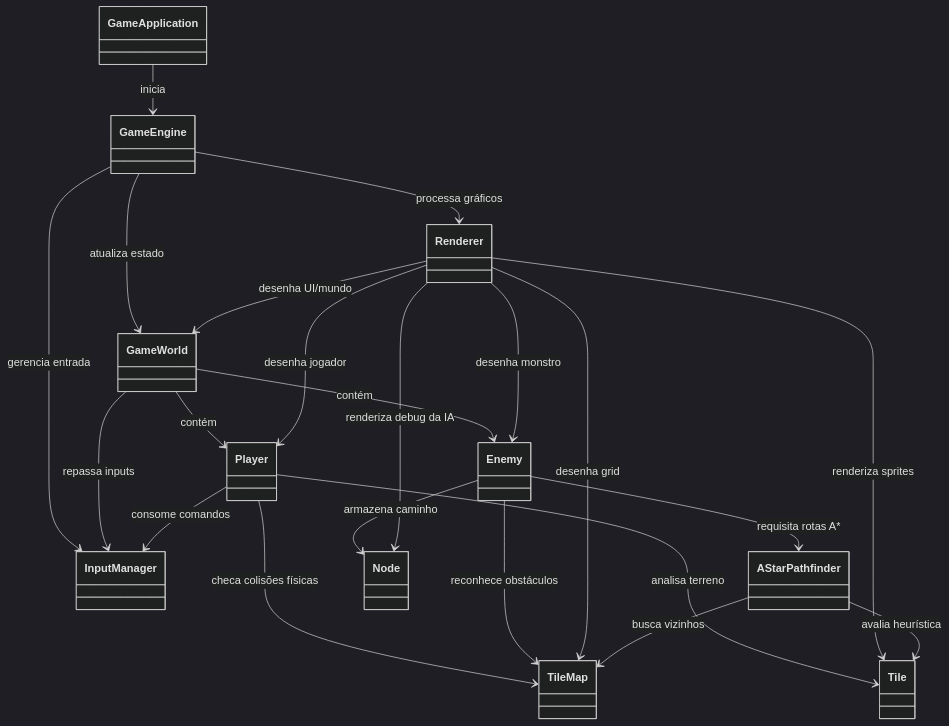
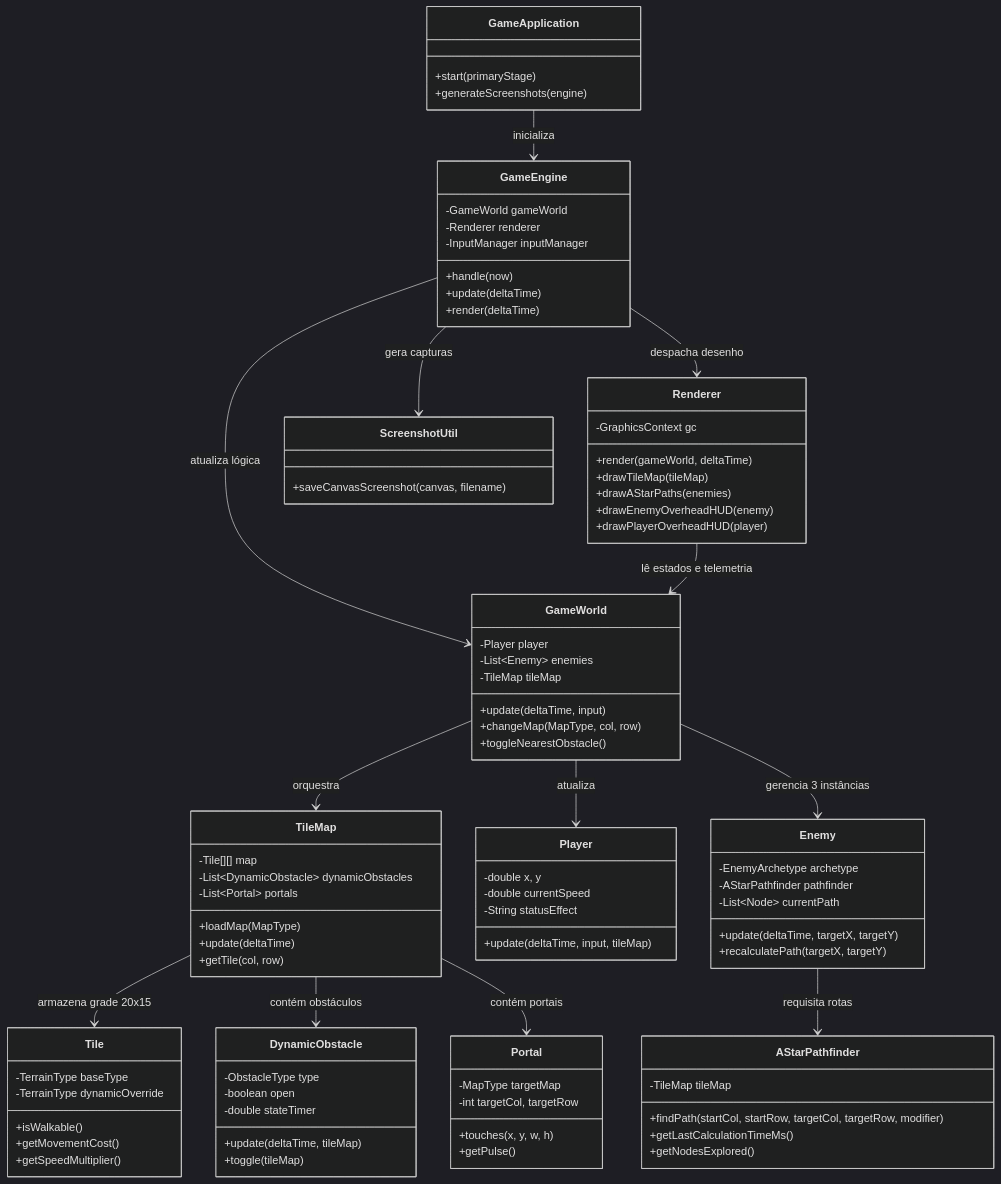
One commit to Blimabru/sentinela changed the fourth of 4 diagrams in README.md. Above: the diagram before and after it, drawn with Mermaid (dark theme). The commit also changed other lines of this file and 5 other files, not shown here.

Commit message:
docs(readme): atualiza documentacao tecnica com metricas de IA e capturas de tela

````diff
--- a/README.md
+++ b/README.md
@@ -62,57 +220,108 @@
 classDiagram
     direction TB
 
-    %% Pacote app
-    class GameApplication
+    %% Pacotes e Classes Principais
+    class GameApplication {
+        +start(primaryStage)
+        +generateScreenshots(engine)
+    }
 
-    %% Pacote core
-    class GameEngine
+    class GameEngine {
+        -GameWorld gameWorld
+        -Renderer renderer
+        -InputManager inputManager
+        +handle(now)
+        +update(deltaTime)
+        +render(deltaTime)
+    }
 
-    %% Pacote world
-    class GameWorld
-    class TileMap
-    class Tile
+    class GameWorld {
+        -Player player
+        -List~Enemy~ enemies
+        -TileMap tileMap
+        +update(deltaTime, input)
+        +changeMap(MapType, col, row)
+        +toggleNearestObstacle()
+    }
 
-    %% Pacote entity
-    class Player
-    class Enemy
+    class TileMap {
+        -Tile[][] map
+        -List~DynamicObstacle~ dynamicObstacles
+        -List~Portal~ portals
+        +loadMap(MapType)
+        +update(deltaTime)
+        +getTile(col, row)
+    }
 
-    %% Pacote input
-    class InputManager
+    class Tile {
+        -TerrainType baseType
+        -TerrainType dynamicOverride
+        +isWalkable()
+        +getMovementCost()
+        +getSpeedMultiplier()
+    }
 
-    %% Pacote rendering
-    class Renderer
+    class DynamicObstacle {
+        -ObstacleType type
+        -boolean open
+        -double stateTimer
+        +update(deltaTime, tileMap)
+        +toggle(tileMap)
+    }
 
-    %% Pacote ai
-    class AStarPathfinder
-    class Node
+    class Portal {
+        -MapType targetMap
+        -int targetCol, targetRow
+        +touches(x, y, w, h)
+        +getPulse()
+    }
 
-    %% Relacionamentos
-    GameApplication --> GameEngine : inicia
-    
-    GameEngine --> InputManager : gerencia entrada
-    GameEngine --> Renderer : processa gráficos
-    GameEngine --> GameWorld : atualiza estado
-    
-    GameWorld --> Player : contém
-    GameWorld --> Enemy : contém
-    GameWorld --> InputManager : repassa inputs
-    
-    Player --> InputManager : consome comandos
-    Player --> TileMap : checa colisões físicas
-    Player --> Tile : analisa terreno
-    
-    Enemy --> AStarPathfinder : requisita rotas A*
-    Enemy --> Node : armazena caminho
-    Enemy --> TileMap : reconhece obstáculos
-    
-    Renderer --> Player : desenha jogador
-    Renderer --> Enemy : desenha monstro
-    Renderer --> GameWorld : desenha UI/mundo
-    Renderer --> TileMap : desenha grid
-    Renderer --> Tile : renderiza sprites
-    Renderer --> Node : renderiza debug da IA
-    
-    AStarPathfinder --> Tile : avalia heurística
-    AStarPathfinder --> TileMap : busca vizinhos
+    class Player {
+        -double x, y
+        -double currentSpeed
+        -String statusEffect
+        +update(deltaTime, input, tileMap)
+    }
+
+    class Enemy {
+        -EnemyArchetype archetype
+        -AStarPathfinder pathfinder
+        -List~Node~ currentPath
+        +update(deltaTime, targetX, targetY)
+        +recalculatePath(targetX, targetY)
+    }
+
+    class AStarPathfinder {
+        -TileMap tileMap
+        +findPath(startCol, startRow, targetCol, targetRow, modifier)
+        +getLastCalculationTimeMs()
+        +getNodesExplored()
+    }
+
+    class Renderer {
+        -GraphicsContext gc
+        +render(gameWorld, deltaTime)
+        +drawTileMap(tileMap)
+        +drawAStarPaths(enemies)
+        +drawEnemyOverheadHUD(enemy)
+        +drawPlayerOverheadHUD(player)
+    }
+
+    class ScreenshotUtil {
+        +saveCanvasScreenshot(canvas, filename)
+    }
+
+    %% Relações
+    GameApplication --> GameEngine : inicializa
+    GameEngine --> GameWorld : atualiza lógica
+    GameEngine --> Renderer : despacha desenho
+    GameEngine --> ScreenshotUtil : gera capturas
+    GameWorld --> TileMap : orquestra
+    GameWorld --> Player : atualiza
+    GameWorld --> Enemy : gerencia 3 instâncias
+    TileMap --> Tile : armazena grade 20x15
+    TileMap --> DynamicObstacle : contém obstáculos
+    TileMap --> Portal : contém portais
+    Enemy --> AStarPathfinder : requisita rotas
+    Renderer --> GameWorld : lê estados e telemetria
 ```
````
